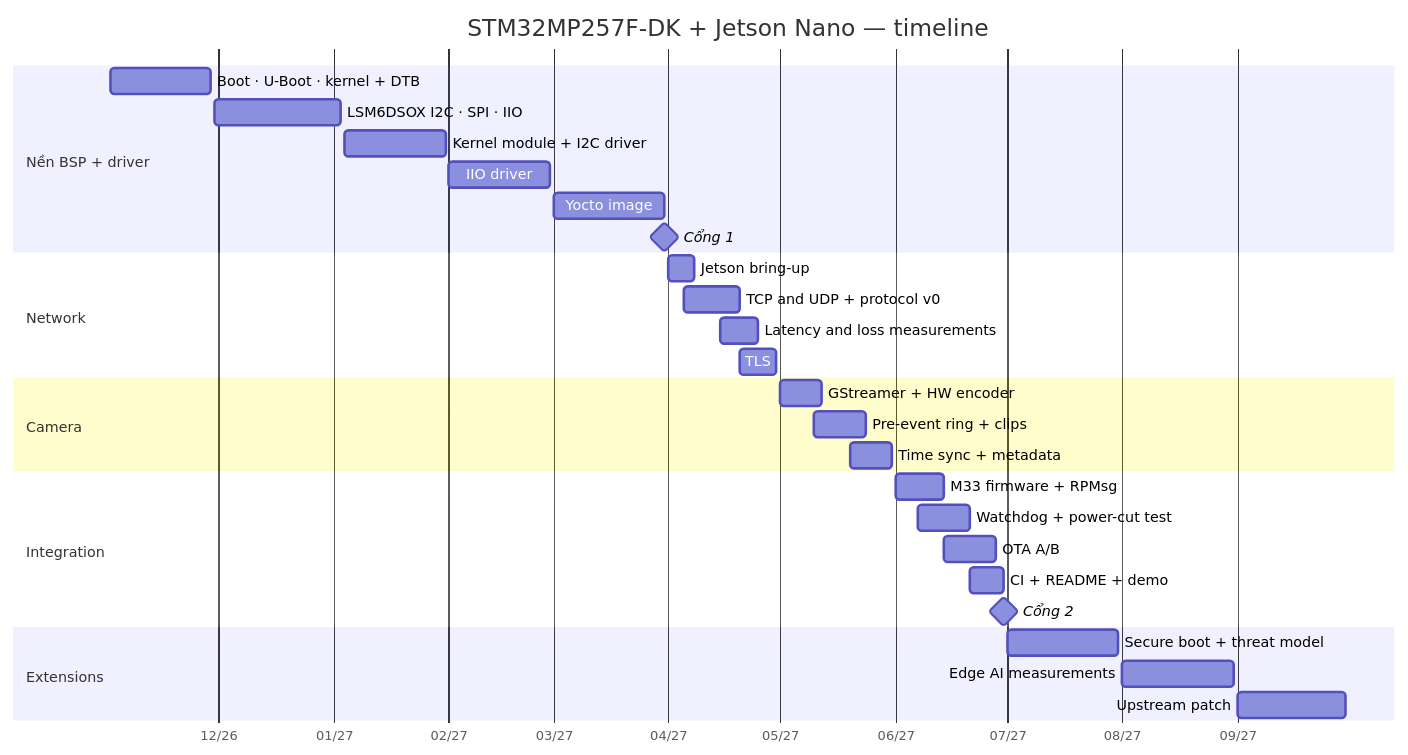
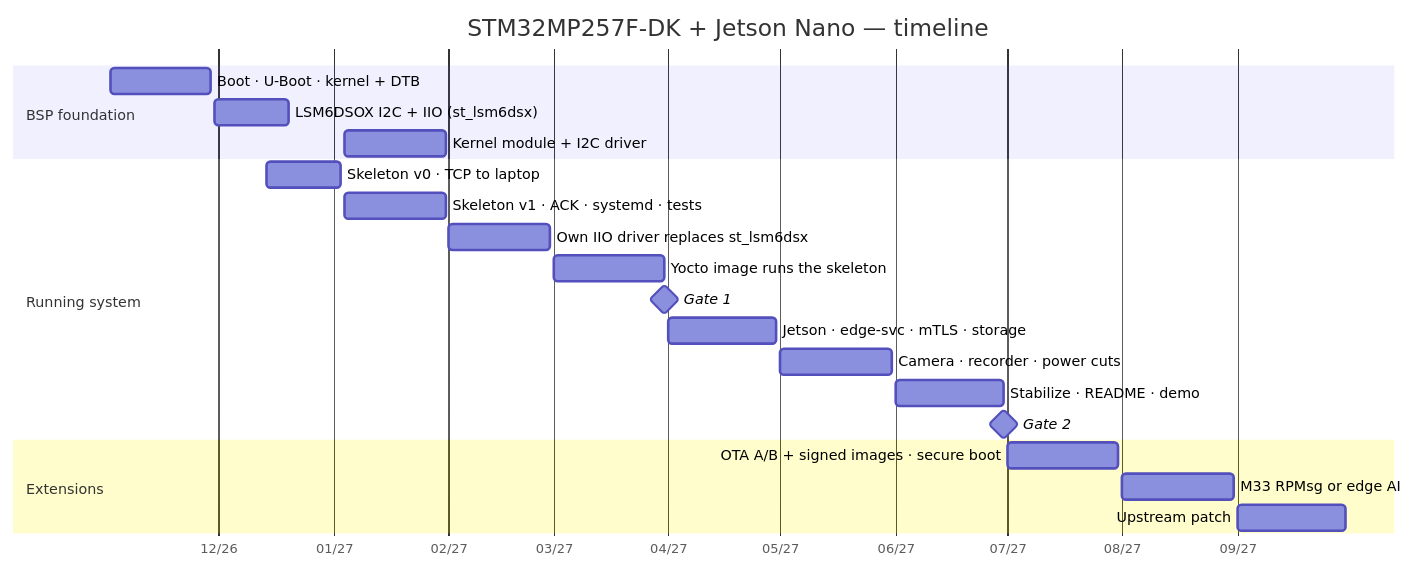
One commit to KaithanNguyen/embedded-linux-roadmap changed the seventh of 7 diagrams in projects/stm32mp257f-dk_jetson-nano/README.md. Above: the diagram before and after it, drawn with Mermaid. The commit also changed other lines of this file and 28 other files, not shown here.

First line of the commit message:
docs: lean gates, walking skeleton and earlier reliability tests

````diff
--- a/projects/stm32mp257f-dk_jetson-nano/README.md
+++ b/projects/stm32mp257f-dk_jetson-nano/README.md
@@ -310,32 +357,24 @@
 ```mermaid
 gantt
   title STM32MP257F-DK + Jetson Nano — timeline
   dateFormat YYYY-MM-DD
   axisFormat %m/%y
-  section Nền BSP + driver
-  Boot · U-Boot · kernel + DTB      :b1, 2026-11-02, 2026-11-29
-  LSM6DSOX I2C · SPI · IIO          :b2, 2026-11-30, 2027-01-03
-  Kernel module + I2C driver        :b3, 2027-01-04, 2027-01-31
-  IIO driver                        :b4, 2027-02-01, 2027-02-28
-  Yocto image                       :b5, 2027-03-01, 2027-03-31
-  Cổng 1                            :milestone, g1, 2027-03-31, 0d
-  section Network
-  Jetson bring-up                   :n1, 2027-04-01, 7d
-  TCP and UDP + protocol v0         :n2, 2027-04-05, 2027-04-20
-  Latency and loss measurements     :n3, 2027-04-15, 2027-04-25
-  TLS                               :n4, 2027-04-20, 2027-04-30
-  section Camera
-  GStreamer + HW encoder            :c1, 2027-05-01, 2027-05-12
-  Pre-event ring + clips            :c2, 2027-05-10, 2027-05-24
-  Time sync + metadata              :c3, 2027-05-20, 2027-05-31
-  section Integration
-  M33 firmware + RPMsg              :i1, 2027-06-01, 2027-06-14
-  Watchdog + power-cut test         :i2, 2027-06-07, 2027-06-21
-  OTA A/B                           :i3, 2027-06-14, 2027-06-28
-  CI + README + demo                :i4, 2027-06-21, 2027-06-30
-  Cổng 2                            :milestone, g2, 2027-06-30, 0d
+  section BSP foundation
+  Boot · U-Boot · kernel + DTB          :b1, 2026-11-02, 2026-11-29
+  LSM6DSOX I2C + IIO (st_lsm6dsx)       :b2, 2026-11-30, 2026-12-20
+  Kernel module + I2C driver            :b3, 2027-01-04, 2027-01-31
+  section Running system
+  Skeleton v0 · TCP to laptop           :s0, 2026-12-14, 2027-01-03
+  Skeleton v1 · ACK · systemd · tests   :s1, 2027-01-04, 2027-01-31
+  Own IIO driver replaces st_lsm6dsx    :s2, 2027-02-01, 2027-02-28
+  Yocto image runs the skeleton         :s3, 2027-03-01, 2027-03-31
+  Gate 1                                :milestone, g1, 2027-03-31, 0d
+  Jetson · edge-svc · mTLS · storage    :s4, 2027-04-01, 2027-04-30
+  Camera · recorder · power cuts        :s5, 2027-05-01, 2027-05-31
+  Stabilize · README · demo             :s6, 2027-06-01, 2027-06-30
+  Gate 2                                :milestone, g2, 2027-06-30, 0d
   section Extensions
-  Secure boot + threat model        :e1, 2027-07-01, 2027-07-31
-  Edge AI measurements              :e2, 2027-08-01, 2027-08-31
-  Upstream patch                    :e3, 2027-09-01, 2027-09-30
+  OTA A/B + signed images · secure boot :e1, 2027-07-01, 2027-07-31
+  M33 RPMsg or edge AI                  :e2, 2027-08-01, 2027-08-31
+  Upstream patch                        :e3, 2027-09-01, 2027-09-30
 ```
````
